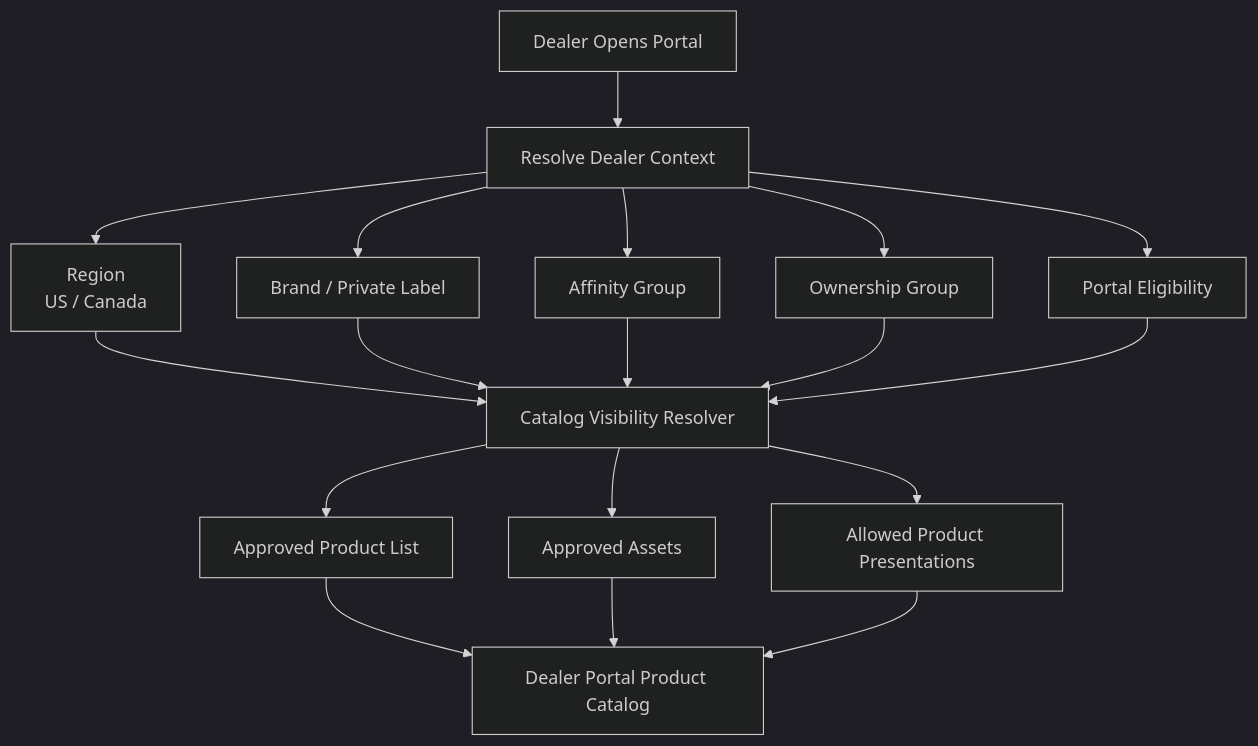
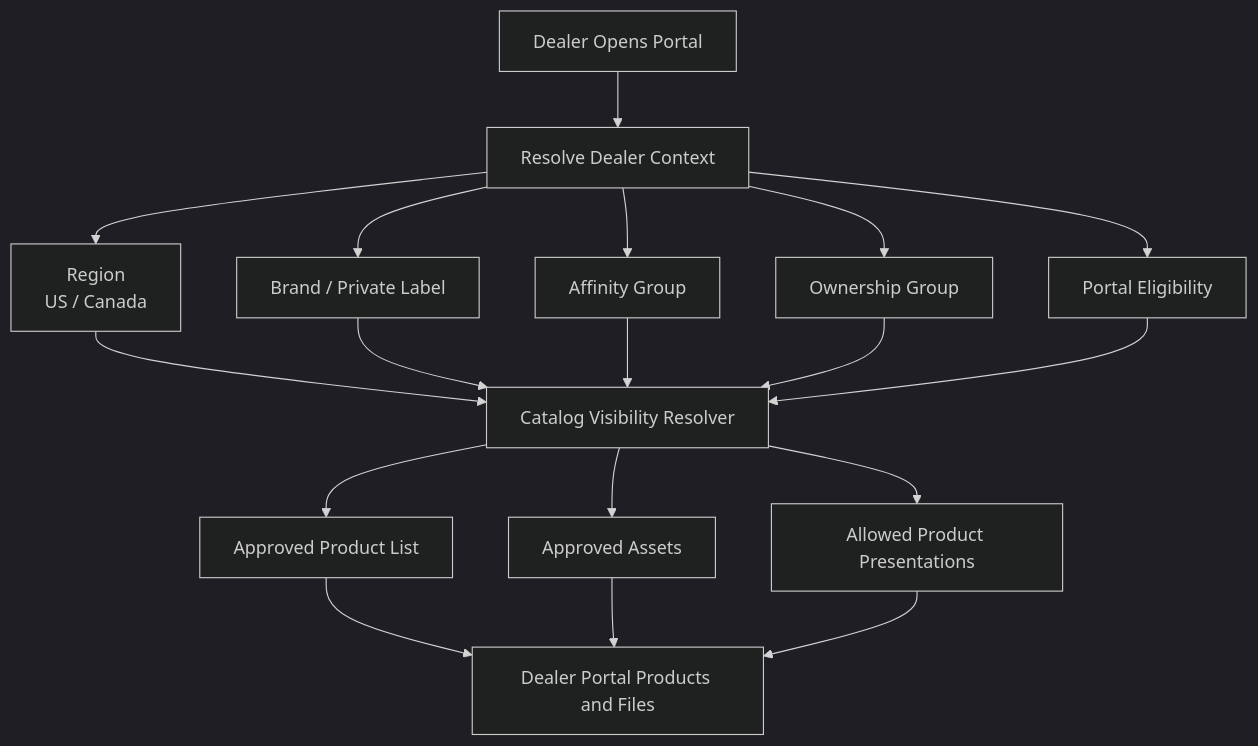
Before and after one commit to ahmadhassan91/dynamic-aqs-pulse-platform: the fifth of 8 diagrams in docs/PRODUCT_MANAGEMENT_END_TO_END_PRD_2026-05-01.md, drawn with Mermaid (dark theme). The commit also changed other lines of this file and 8 other files, not shown here.

````diff
--- a/docs/PRODUCT_MANAGEMENT_END_TO_END_PRD_2026-05-01.md
+++ b/docs/PRODUCT_MANAGEMENT_END_TO_END_PRD_2026-05-01.md
@@ -174,20 +201,20 @@
 ```mermaid
 flowchart TD
     A["Dealer Opens Portal"] --> B["Resolve Dealer Context"]
     B --> C["Region<br/>US / Canada"]
     B --> D["Brand / Private Label"]
     B --> E["Affinity Group"]
     B --> F["Ownership Group"]
     B --> G["Portal Eligibility"]
     C --> H["Catalog Visibility Resolver"]
     D --> H
     E --> H
     F --> H
     G --> H
     H --> I["Approved Product List"]
     H --> J["Approved Assets"]
     H --> K["Allowed Product Presentations"]
-    I --> L["Dealer Portal Product Catalog"]
+    I --> L["Dealer Portal Products and Files"]
     J --> L
     K --> L
 ```
````
